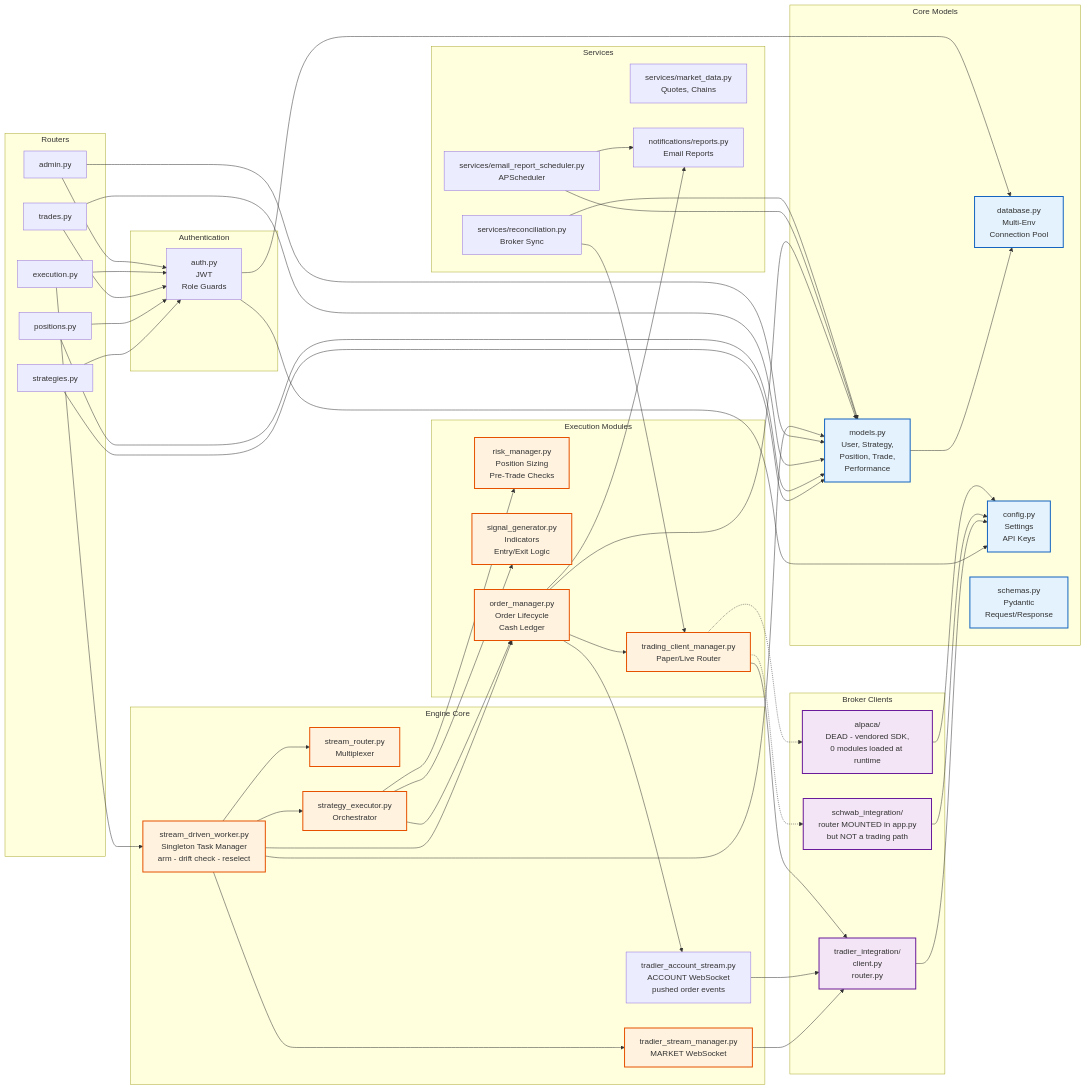
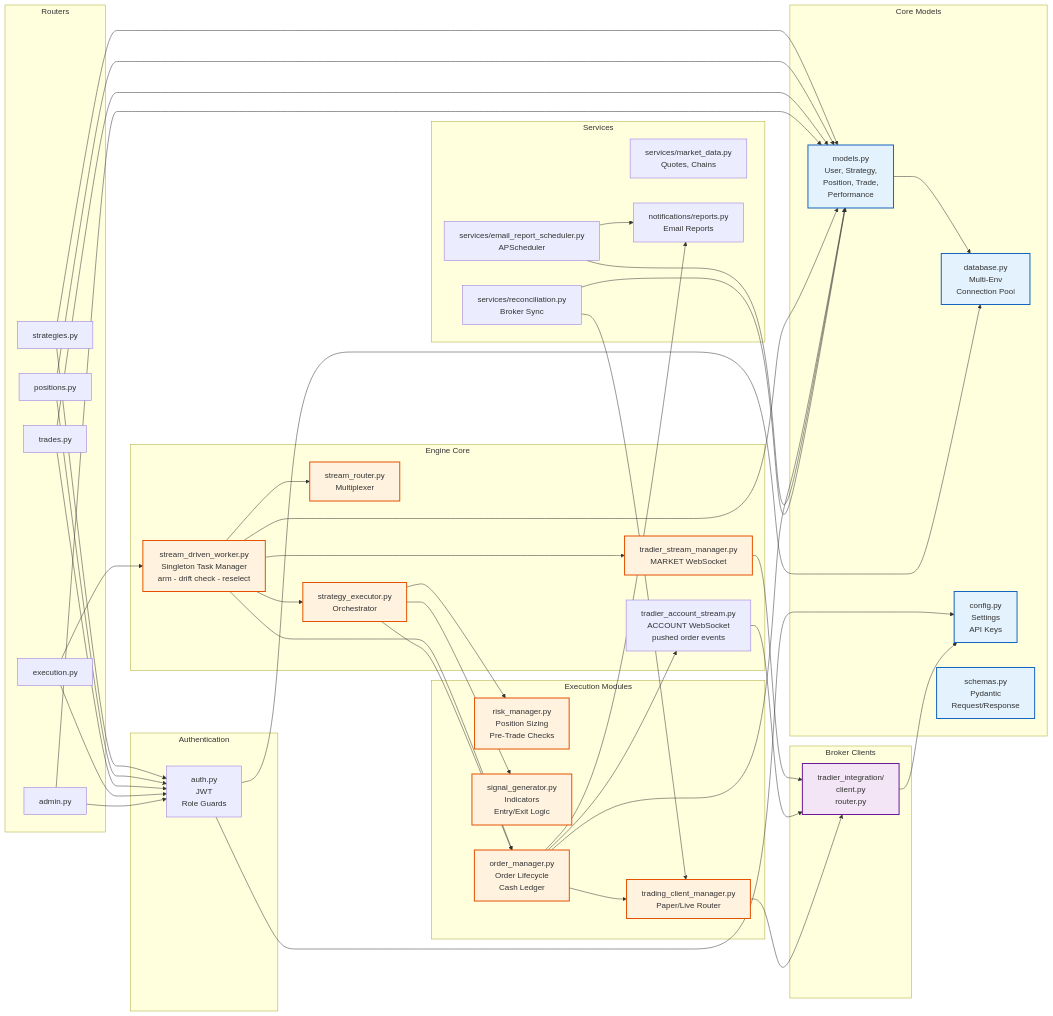
Before and after one commit to PirateKingSteve-0/VegaPunkR: the fifth of 11 diagrams in docs/architecture-diagram.md, drawn with Mermaid. The commit also changed other lines of this file and 105 other files, not shown here.

First line of the commit message:
REMOVE - Alpaca & Schwab ripped out (Tradier is the only broker) + entry-path bugfix

````diff
--- a/docs/architecture-diagram.md
+++ b/docs/architecture-diagram.md
@@ -474,8 +468,6 @@
 
     subgraph "Broker Clients"
         TC[tradier_integration/<br/>client.py<br/>router.py]
-        SC[schwab_integration/<br/>router MOUNTED in app.py<br/>but NOT a trading path]
-        AC[alpaca/<br/>DEAD - vendored SDK,<br/>0 modules loaded at runtime]
     end
 
     subgraph "Services"
@@ -521,12 +513,8 @@
     OM --> TAS
 
     TCM --> TC
-    TCM -.-> SC
-    TCM -.-> AC
 
     TC --> CFG
-    SC --> CFG
-    AC --> CFG
 
     SCHED --> RPT
     SCHED --> M
@@ -540,5 +528,5 @@
 
     class M,DB,CFG,SCH core
     class SDW,TSM,SR,SE,RM,SG,OM,TCM engine
-    class TC,SC,AC broker
+    class TC broker
 ```
````
